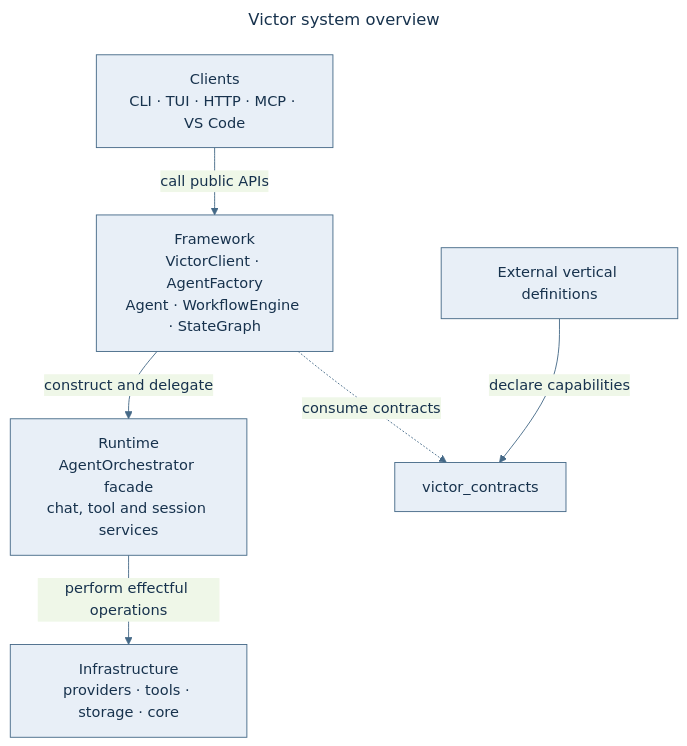
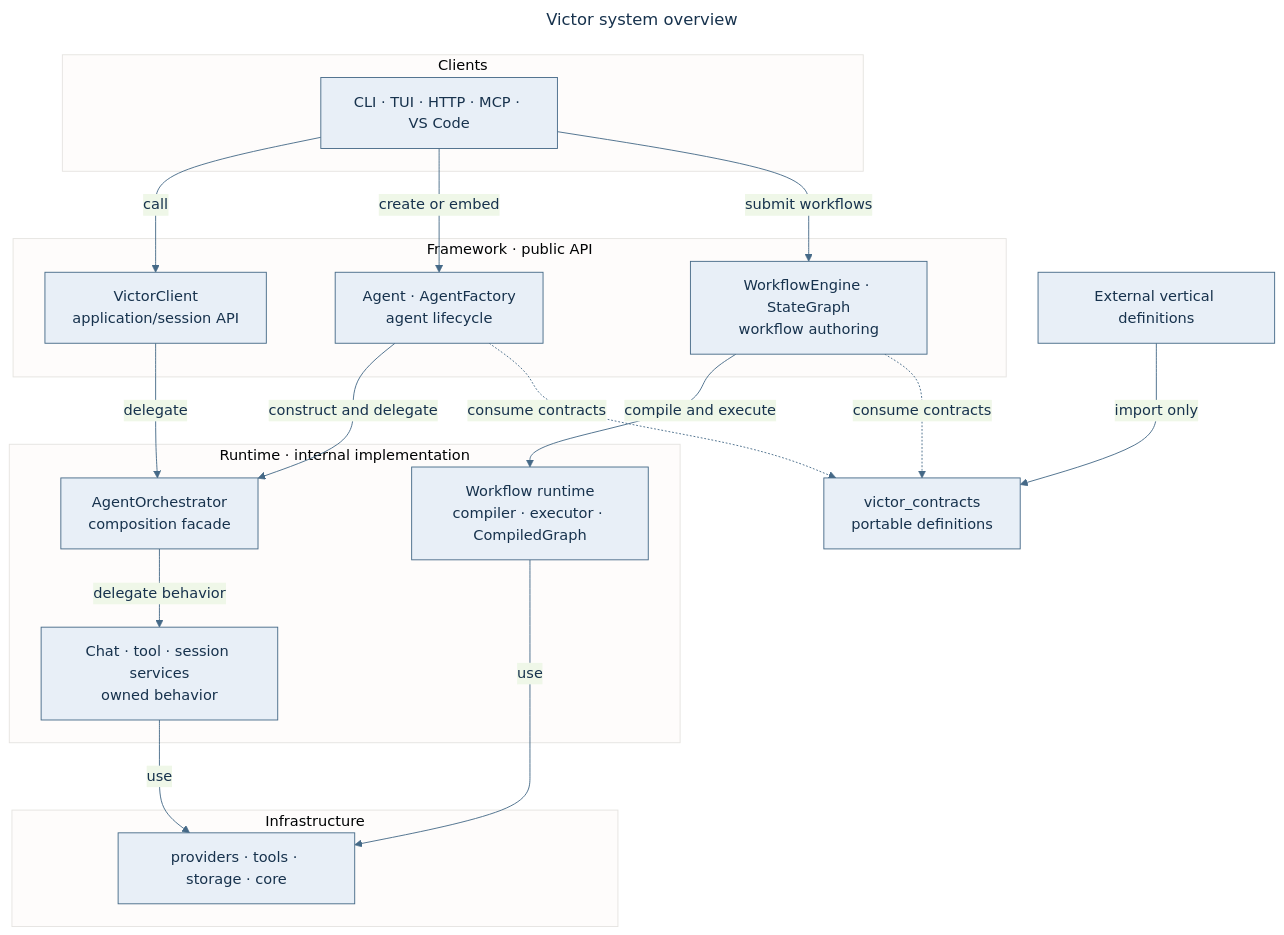
The diagram in README.md (anvai-labs/victor), drawn with Mermaid before and after one commit. The commit also changed other lines of this file and 495 other files, not shown here.

````diff
--- a/README.md
+++ b/README.md
@@ -117,18 +118,37 @@
 ```mermaid
 ---
 title: Victor system overview
 ---
 %%{init: {"theme":"base","themeVariables":{"primaryColor":"#E8EFF7","primaryTextColor":"#17324D","primaryBorderColor":"#456987","lineColor":"#456987","fontFamily":"Arial"}}}%%
 flowchart TB
-  C["Clients<br/>CLI · TUI · HTTP · MCP · VS Code"]
-  F["Framework<br/>VictorClient · AgentFactory<br/>Agent · WorkflowEngine · StateGraph"]
-  R["Runtime<br/>AgentOrchestrator facade<br/>chat, tool and session services"]
-  I["Infrastructure<br/>providers · tools · storage · core"]
+  subgraph C["Clients"]
+    CS["CLI · TUI · HTTP · MCP · VS Code"]
+  end
+  subgraph F["Framework · public API"]
+    VC["VictorClient<br/>application/session API"]
+    AG["Agent · AgentFactory<br/>agent lifecycle"]
+    WF["WorkflowEngine · StateGraph<br/>workflow authoring"]
+  end
+  subgraph R["Runtime · internal implementation"]
+    OR["AgentOrchestrator<br/>composition facade"]
+    SV["Chat · tool · session services<br/>owned behavior"]
+    WR["Workflow runtime<br/>compiler · executor · CompiledGraph"]
+  end
+  subgraph I["Infrastructure"]
+    IN["providers · tools · storage · core"]
+  end
   V["External vertical definitions"]
-  S["victor_contracts"]
-  C -->|"call public APIs"| F
-  F -->|"construct and delegate"| R
-  R -->|"perform effectful operations"| I
-  V -->|"declare capabilities"| S
-  F -.->|"consume contracts"| S
+  S["victor_contracts<br/>portable definitions"]
+  CS -->|"call"| VC
+  CS -->|"create or embed"| AG
+  CS -->|"submit workflows"| WF
+  VC -->|"delegate"| OR
+  AG -->|"construct and delegate"| OR
+  WF -->|"compile and execute"| WR
+  OR -->|"delegate behavior"| SV
+  SV -->|"use"| IN
+  WR -->|"use"| IN
+  V -->|"import only"| S
+  AG -.->|"consume contracts"| S
+  WF -.->|"consume contracts"| S
 ```
````
